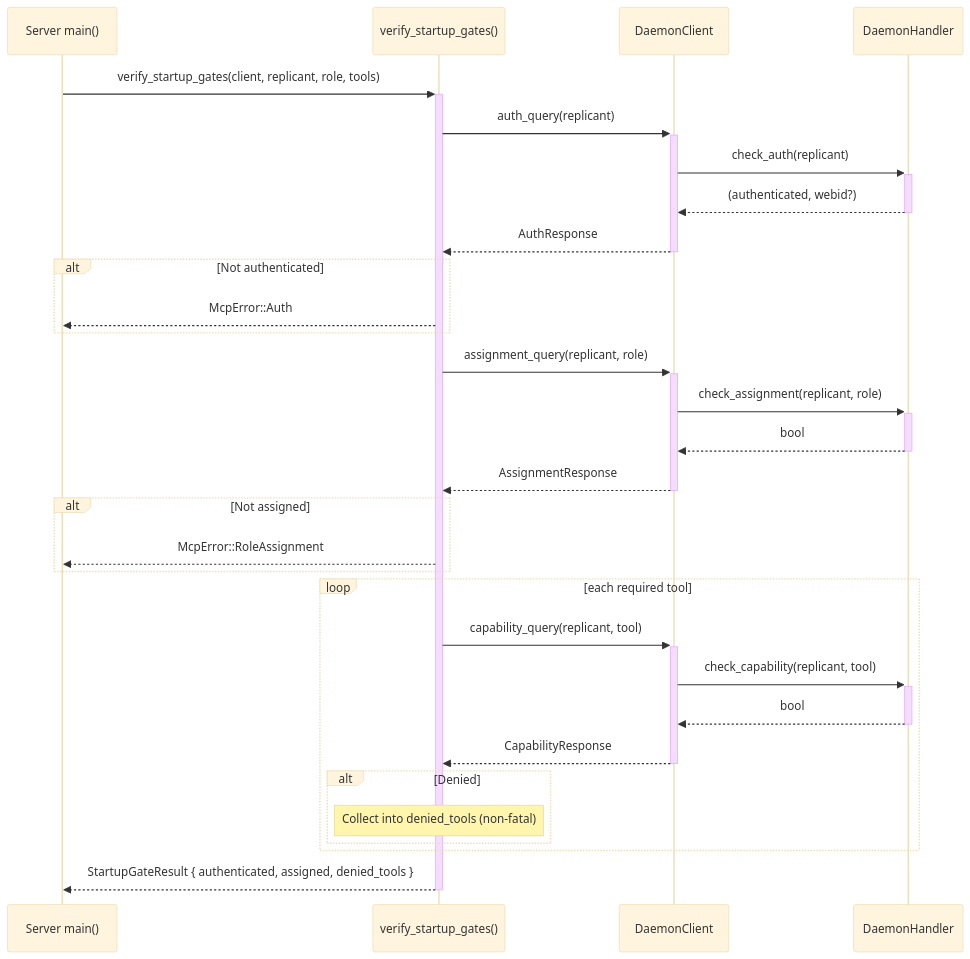
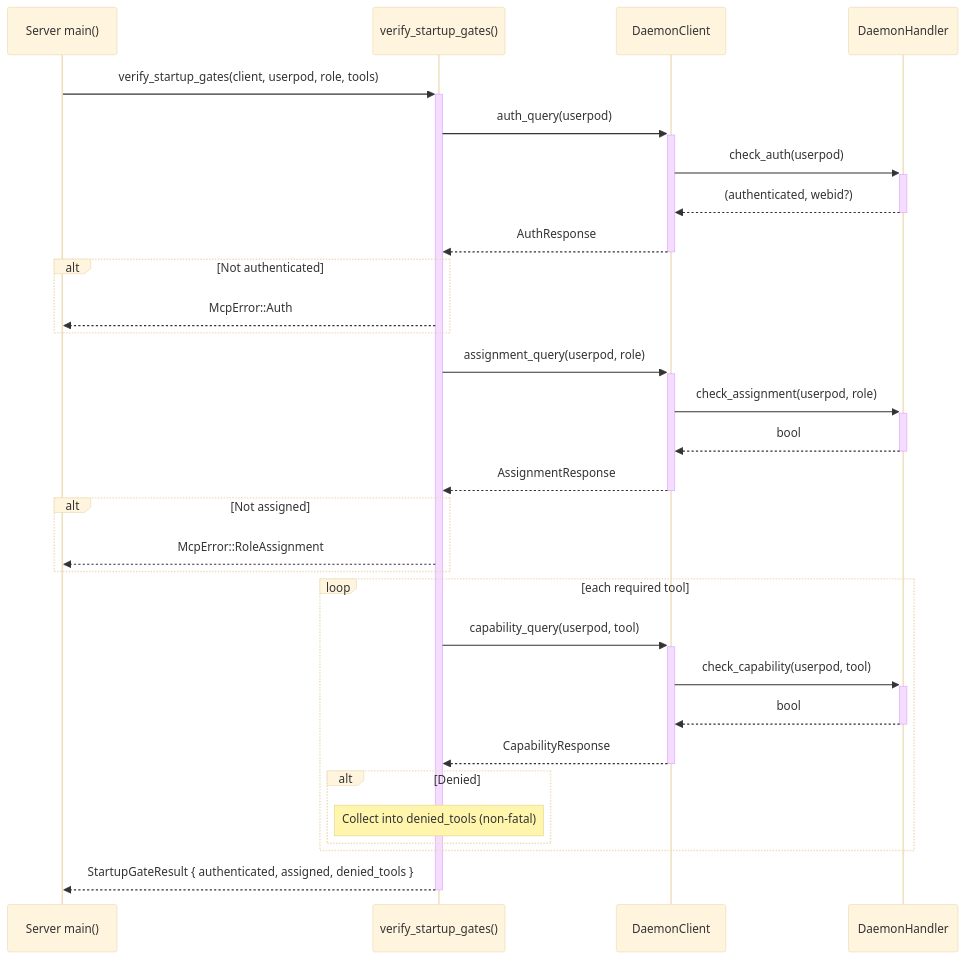
Before and after one commit to mdz-axo/hKask: diagram 14 of 15 in docs/explanation/architecture-patterns.md, drawn with Mermaid (base theme). The commit also changed other lines of this file and 42 other files, not shown here.

````diff
--- a/docs/explanation/architecture-patterns.md
+++ b/docs/explanation/architecture-patterns.md
@@ -2140,37 +2138,37 @@
 ```mermaid
 sequenceDiagram
     participant Main as Server main()
     participant Gates as verify_startup_gates()
     participant Daemon as DaemonClient
     participant Handler as DaemonHandler
 
-    Main->>+Gates: verify_startup_gates(client, replicant, role, tools)
+    Main->>+Gates: verify_startup_gates(client, userpod, role, tools)
 
-    Gates->>+Daemon: auth_query(replicant)
-    Daemon->>+Handler: check_auth(replicant)
+    Gates->>+Daemon: auth_query(userpod)
+    Daemon->>+Handler: check_auth(userpod)
     Handler-->>-Daemon: (authenticated, webid?)
     Daemon-->>-Gates: AuthResponse
     alt Not authenticated
         Gates-->>Main: McpError::Auth
     end
 
-    Gates->>+Daemon: assignment_query(replicant, role)
-    Daemon->>+Handler: check_assignment(replicant, role)
+    Gates->>+Daemon: assignment_query(userpod, role)
+    Daemon->>+Handler: check_assignment(userpod, role)
     Handler-->>-Daemon: bool
     Daemon-->>-Gates: AssignmentResponse
     alt Not assigned
         Gates-->>Main: McpError::RoleAssignment
     end
 
     loop each required tool
-        Gates->>+Daemon: capability_query(replicant, tool)
-        Daemon->>+Handler: check_capability(replicant, tool)
+        Gates->>+Daemon: capability_query(userpod, tool)
+        Daemon->>+Handler: check_capability(userpod, tool)
         Handler-->>-Daemon: bool
         Daemon-->>-Gates: CapabilityResponse
         alt Denied
             Note over Gates: Collect into denied_tools (non-fatal)
         end
     end
 
     Gates-->>-Main: StartupGateResult { authenticated, assigned, denied_tools }
 ```
````
